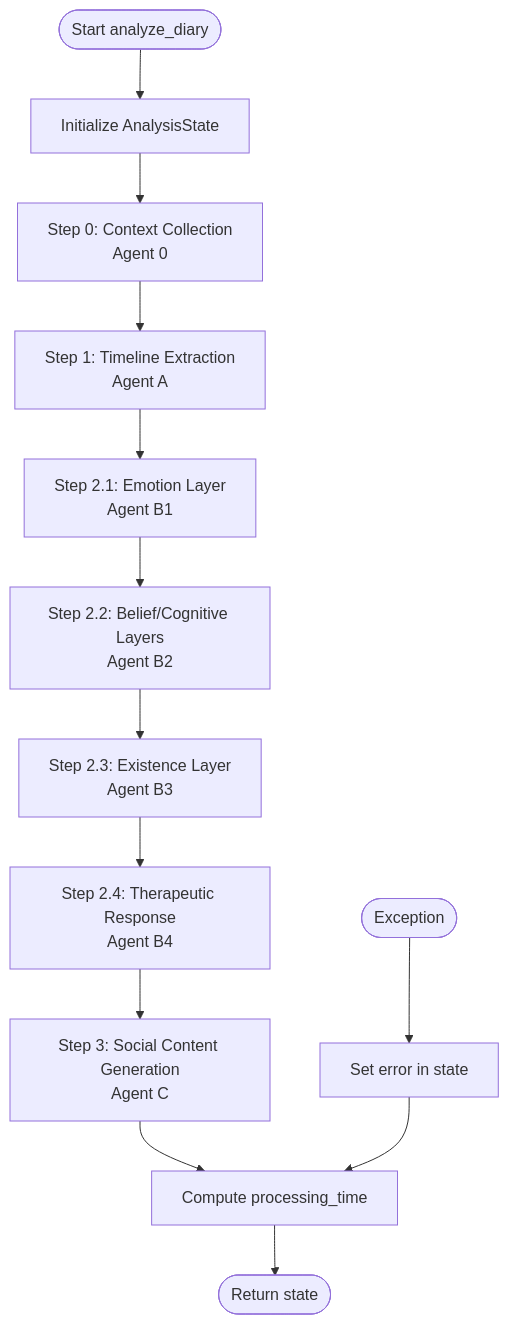
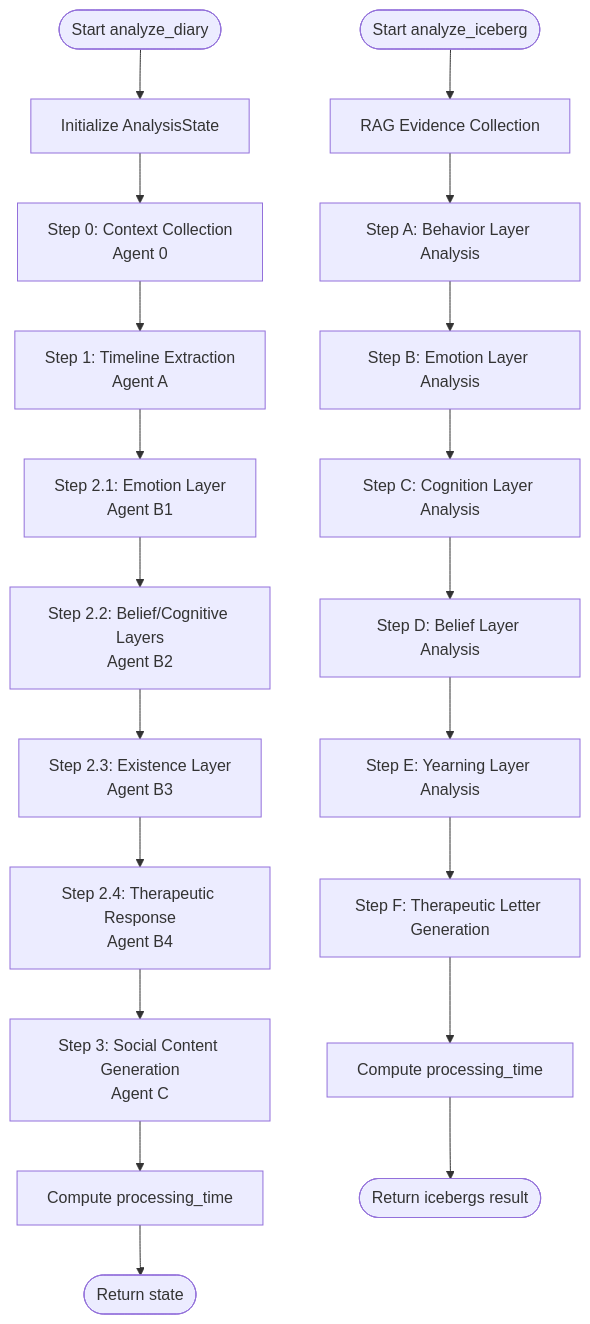
The fourth of 4 diagrams in .qoder/repowiki/en/content/AI and Machine Learning/Multi-Agent System/Agent Orchestrator.md (rainRise/aidiary), drawn with Mermaid before and after one commit. The commit also changed other lines of this file and 21 other files, not shown here.

````diff
--- a/.qoder/repowiki/en/content/AI and Machine Learning/Multi-Agent System/Agent Orchestrator.md
+++ b/.qoder/repowiki/en/content/AI and Machine Learning/Multi-Agent System/Agent Orchestrator.md
@@ -293,15 +383,22 @@
 ```mermaid
 flowchart TD
 Start(["Start analyze_diary"]) --> Init["Initialize AnalysisState"]
 Init --> Step0["Step 0: Context Collection<br/>Agent 0"]
 Step0 --> Step1["Step 1: Timeline Extraction<br/>Agent A"]
 Step1 --> Step2a["Step 2.1: Emotion Layer<br/>Agent B1"]
 Step2a --> Step2b["Step 2.2: Belief/Cognitive Layers<br/>Agent B2"]
 Step2b --> Step2c["Step 2.3: Existence Layer<br/>Agent B3"]
 Step2c --> Step2d["Step 2.4: Therapeutic Response<br/>Agent B4"]
 Step2d --> Step3["Step 3: Social Content Generation<br/>Agent C"]
 Step3 --> Time["Compute processing_time"]
 Time --> End(["Return state"])
-Error(["Exception"]) --> SetErr["Set error in state"]
-SetErr --> Time
+Start2(["Start analyze_iceberg"]) --> RAG["RAG Evidence Collection"]
+RAG --> StepA["Step A: Behavior Layer Analysis"]
+StepA --> StepB["Step B: Emotion Layer Analysis"]
+StepB --> StepC["Step C: Cognition Layer Analysis"]
+StepC --> StepD["Step D: Belief Layer Analysis"]
+StepD --> StepE["Step E: Yearning Layer Analysis"]
+StepE --> StepF["Step F: Therapeutic Letter Generation"]
+StepF --> Time2["Compute processing_time"]
+Time2 --> End2(["Return icebergs result"])
 ```
````
